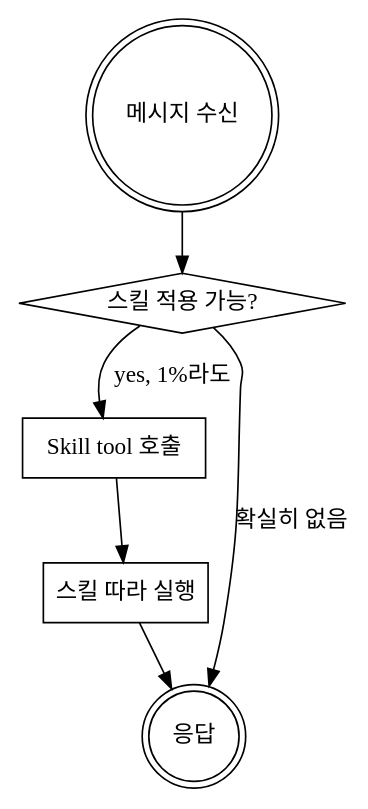
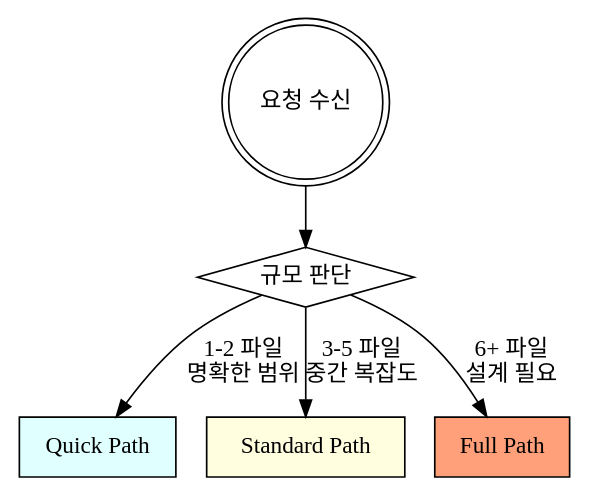
The first of 2 diagrams in skills/using-github-superpowers/SKILL.md (junsik/github-superpowers), drawn with Graphviz before and after one commit. The commit also changed other lines of this file and 6 other files, not shown here.

````diff
--- a/skills/using-github-superpowers/SKILL.md
+++ b/skills/using-github-superpowers/SKILL.md
@@ -27,15 +19,14 @@
 ```dot
-digraph skill_flow {
-    "메시지 수신" [shape=doublecircle];
-    "스킬 적용 가능?" [shape=diamond];
-    "Skill tool 호출" [shape=box];
-    "스킬 따라 실행" [shape=box];
-    "응답" [shape=doublecircle];
+digraph routing {
+    "요청 수신" [shape=doublecircle];
+    "규모 판단" [shape=diamond];
+    "Quick Path" [shape=box, style=filled, fillcolor=lightcyan];
+    "Standard Path" [shape=box, style=filled, fillcolor=lightyellow];
+    "Full Path" [shape=box, style=filled, fillcolor=lightsalmon];
 
-    "메시지 수신" -> "스킬 적용 가능?";
-    "스킬 적용 가능?" -> "Skill tool 호출" [label="yes, 1%라도"];
-    "스킬 적용 가능?" -> "응답" [label="확실히 없음"];
-    "Skill tool 호출" -> "스킬 따라 실행";
-    "스킬 따라 실행" -> "응답";
+    "요청 수신" -> "규모 판단";
+    "규모 판단" -> "Quick Path" [label="1-2 파일\n명확한 범위"];
+    "규모 판단" -> "Standard Path" [label="3-5 파일\n중간 복잡도"];
+    "규모 판단" -> "Full Path" [label="6+ 파일\n설계 필요"];
 }
 ```
````
